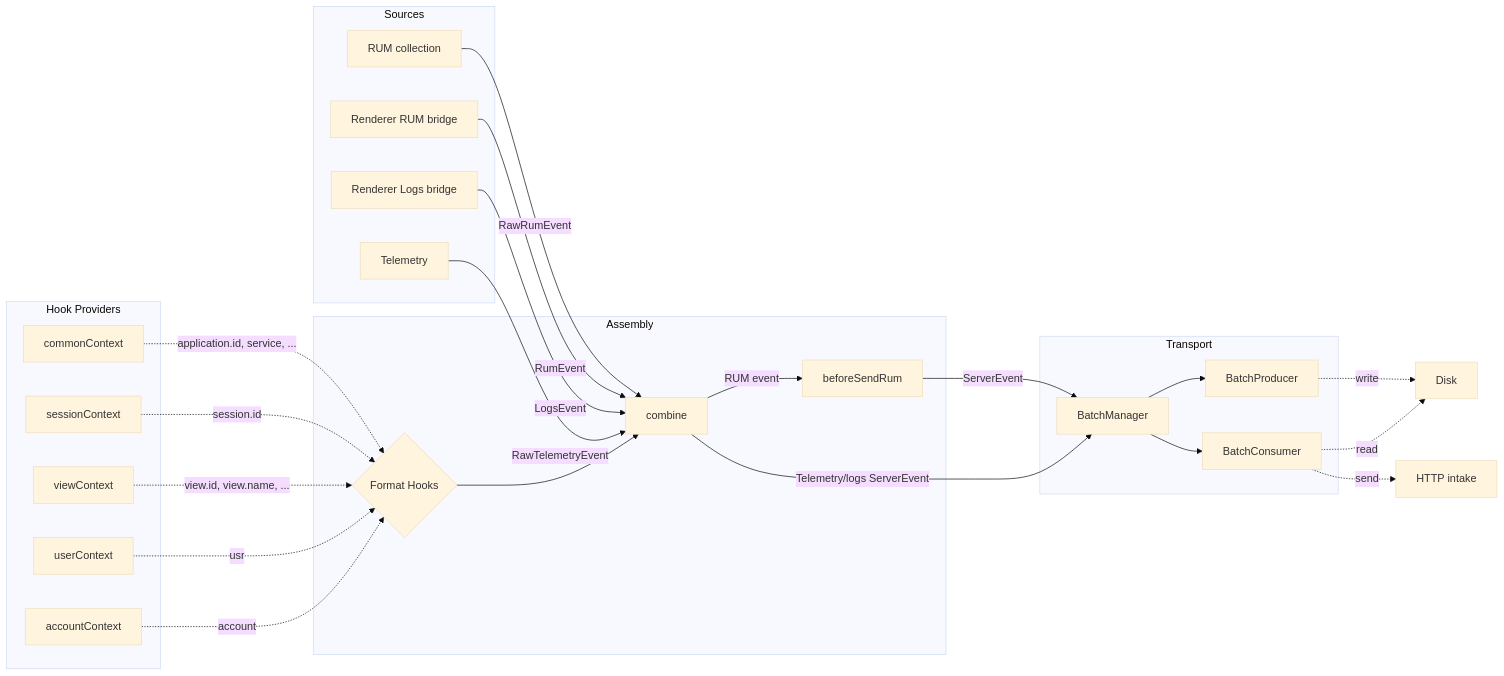
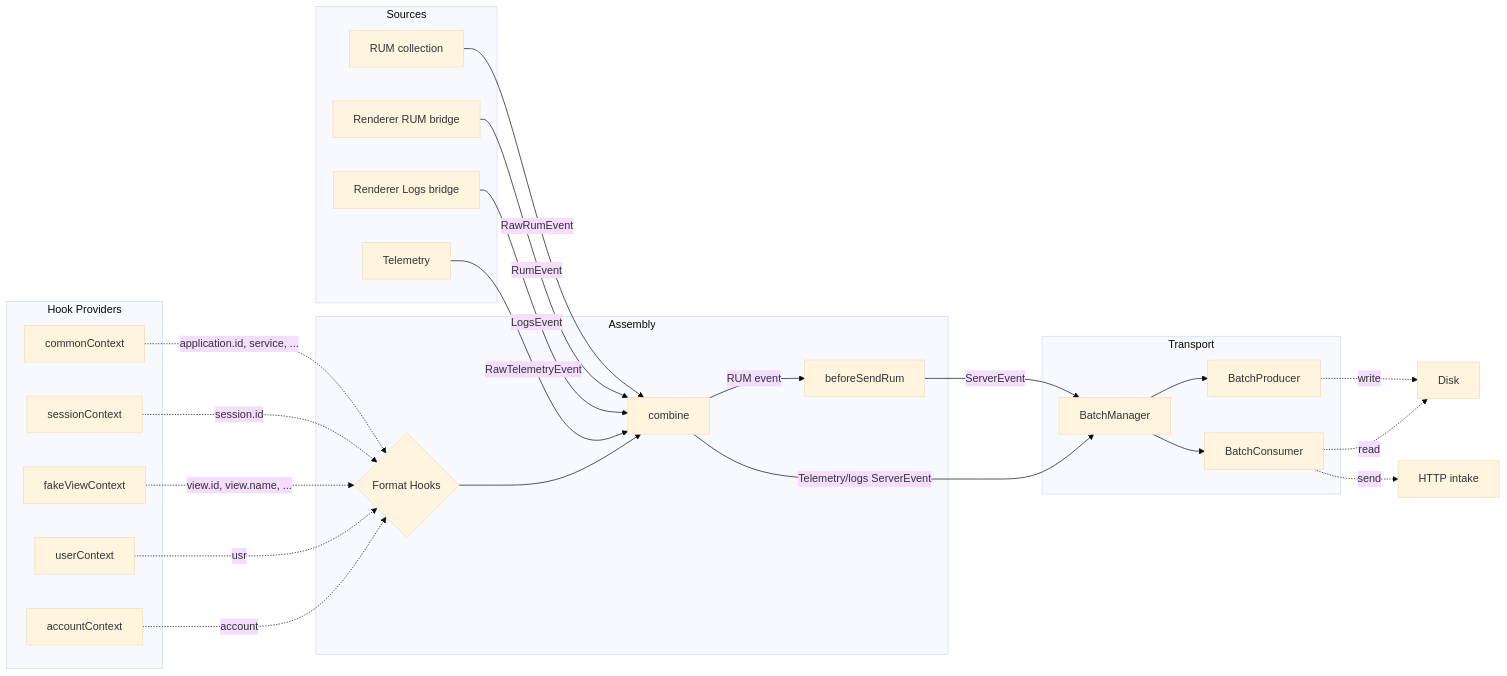
One commit to DataDog/electron-sdk changed the second of 2 diagrams in docs/ARCHITECTURE.md. Above: the diagram before and after it, drawn with Mermaid (base theme). The commit also changed other lines of this file and 36 other files, not shown here.

````diff
--- a/docs/ARCHITECTURE.md
+++ b/docs/ARCHITECTURE.md
@@ -59,48 +59,48 @@
 ```mermaid
 flowchart LR
     subgraph Sources
         RUM[RUM collection]
         RRUM[Renderer RUM bridge]
         RLOGS[Renderer Logs bridge]
         TEL[Telemetry]
     end
 
     subgraph Assembly
         HOOKS{Format Hooks}
         COMBINE[combine]
         BEFORE_SEND[beforeSendRum]
     end
 
     subgraph "Hook Providers"
         CC[commonContext]
         SC[sessionContext]
-        VC[viewContext]
+        VC[fakeViewContext]
         UC[userContext]
         AC[accountContext]
     end
 
     subgraph Transport
         BM[BatchManager]
         BP[BatchProducer]
         BC[BatchConsumer]
     end
 
     RUM -- RawRumEvent --> COMBINE
     RRUM -- RumEvent --> COMBINE
     RLOGS -- LogsEvent --> COMBINE
     TEL -- RawTelemetryEvent --> COMBINE
     CC -. "application.id, service, ..." .-> HOOKS
     SC -. "session.id" .-> HOOKS
     VC -. "view.id, view.name, ..." .-> HOOKS
     UC -. "usr" .-> HOOKS
     AC -. "account" .-> HOOKS
     HOOKS --> COMBINE
     COMBINE -- RUM event --> BEFORE_SEND
     BEFORE_SEND -- ServerEvent --> BM
     COMBINE -- Telemetry/logs ServerEvent --> BM
     BM --> BP
     BM --> BC
     BP -. "write" .-> DISK[Disk]
     BC -. "read" .-> DISK[Disk]
     BC -. "send" .-> INT[HTTP intake]
 ```
````
